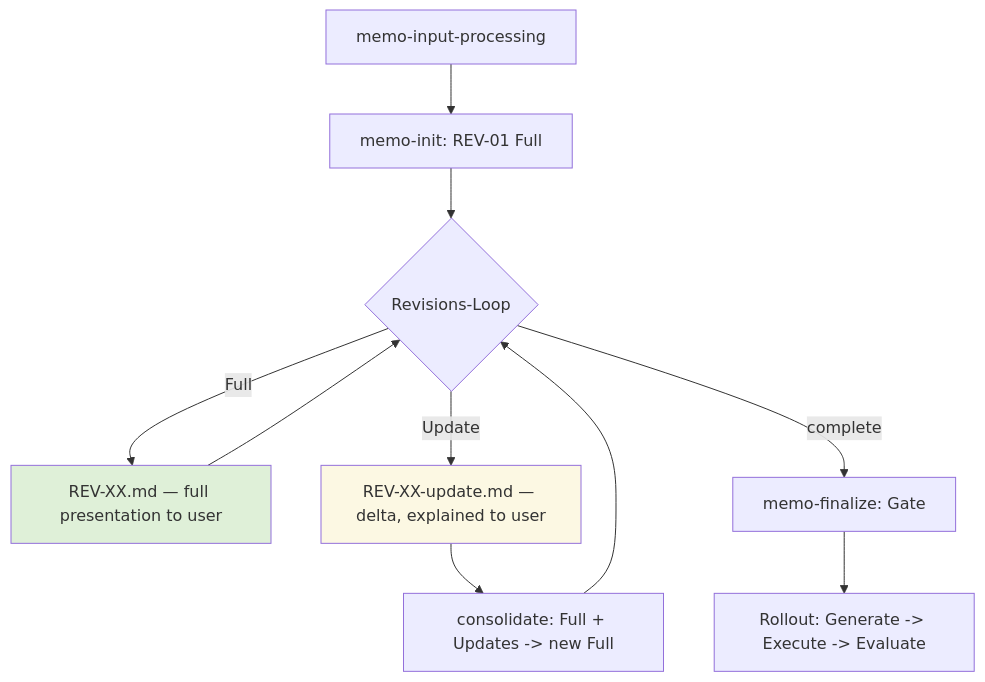
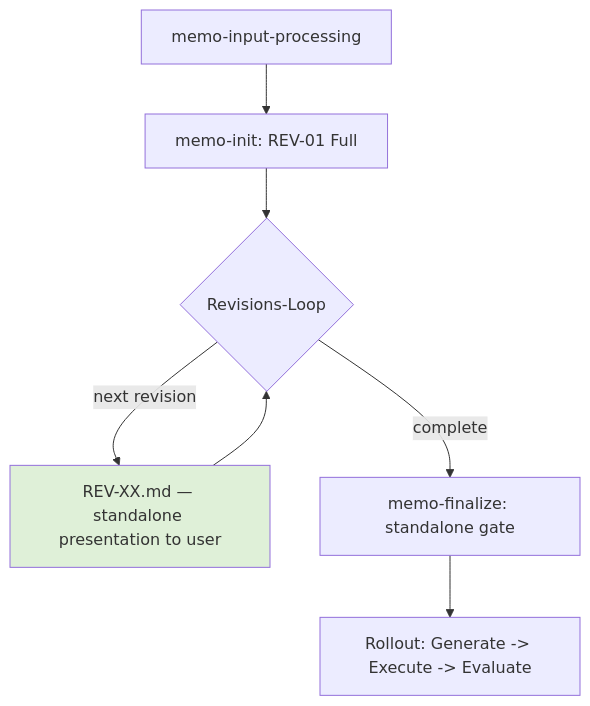
Before and after one commit to Memo-Init/spec: the diagram in memo/0.3.0/draft/spec/20-flow-full-vs-update-revisions.md, drawn with Mermaid. The commit also changed other lines of this file and 18 other files, not shown here.

````diff
--- a/memo/0.3.0/draft/spec/20-flow-full-vs-update-revisions.md
+++ b/memo/0.3.0/draft/spec/20-flow-full-vs-update-revisions.md
@@ -17,14 +19,10 @@
 ```mermaid
 flowchart TD
     A[memo-input-processing] --> B[memo-init: REV-01 Full]
     B --> C{Revisions-Loop}
-    C -->|Full| D[REV-XX.md — full presentation to user]
-    C -->|Update| E[REV-XX-update.md — delta, explained to user]
-    E --> F[consolidate: Full + Updates -> new Full]
+    C -->|next revision| D[REV-XX.md — standalone presentation to user]
     D --> C
-    F --> C
-    C -->|complete| G[memo-finalize: Gate]
+    C -->|complete| G[memo-finalize: standalone gate]
     G --> H[Rollout: Generate -> Execute -> Evaluate]
     style D fill:#dff0d8
-    style E fill:#fcf8e3
 ```
````
